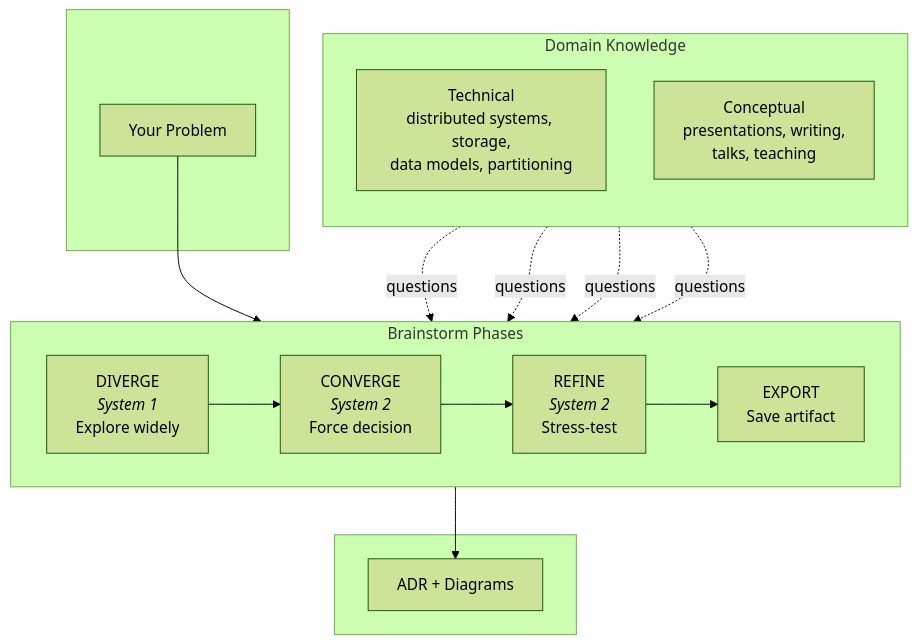
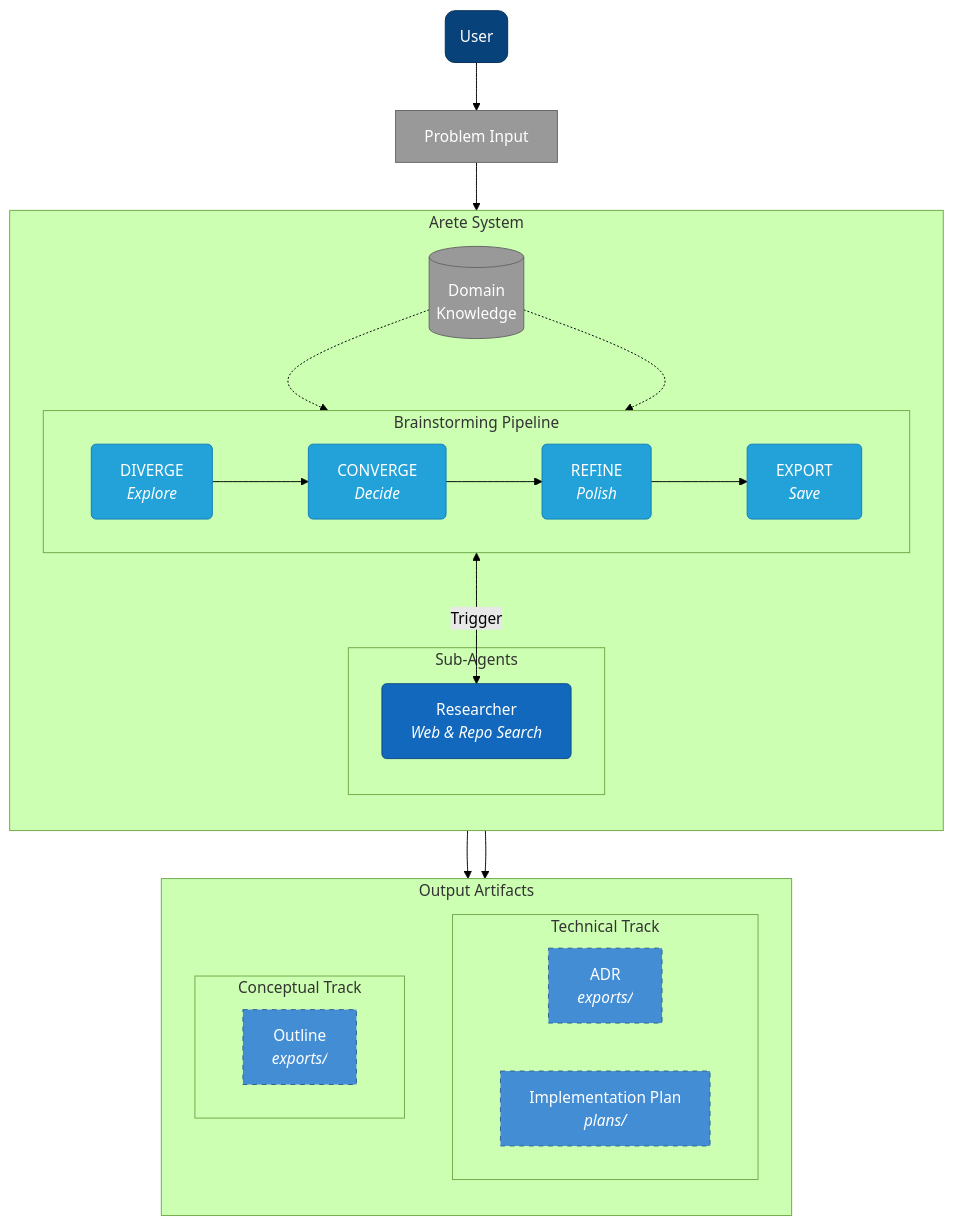
One commit to egeozanozyedek/arete changed the first of 2 diagrams in README.md. Above: the diagram before and after it, drawn with Mermaid (forest theme). The commit also changed other lines of this file, not shown here.

Commit message:
docs: update workflow diagram to include researcher and plans

````diff
--- a/README.md
+++ b/README.md
@@ -28,33 +28,58 @@
 ```mermaid
 flowchart TB
-    subgraph input[" "]
-        PROBLEM["Your Problem"]
+    %% Styles - C4-ish Palette
+    classDef person fill:#08427b,stroke:#052e56,color:white,rx:10,ry:10;
+    classDef process fill:#23a2d9,stroke:#0e7db8,color:white,rx:5,ry:5;
+    classDef agent fill:#1168bd,stroke:#0b4884,color:white,rx:5,ry:5;
+    classDef data fill:#999999,stroke:#666666,color:white,rx:0,ry:0;
+    classDef artifact fill:#438dd5,stroke:#2e6295,color:white,rx:0,ry:0,stroke-dasharray: 5 5;
+
+    %% Nodes
+    User(User):::person
+    Problem[Problem Input]:::data
+
+    subgraph Arete["Arete System"]
+        direction TB
+        
+        subgraph Researcher["Sub-Agents"]
+            ResAgent[Researcher<br/><i>Web & Repo Search</i>]:::agent
+        end
+
+        subgraph Phases["Brainstorming Pipeline"]
+            direction LR
+            Diverge[DIVERGE<br/><i>Explore</i>]:::process
+            Converge[CONVERGE<br/><i>Decide</i>]:::process
+            Refine[REFINE<br/><i>Polish</i>]:::process
+            Export[EXPORT<br/><i>Save</i>]:::process
+            
+            Diverge --> Converge --> Refine --> Export
+        end
+        
+        Domains[(Domain<br/>Knowledge)]:::data
     end
 
-    subgraph phases["Brainstorm Phases"]
-        direction LR
-        DIVERGE["DIVERGE<br/><i>System 1</i><br/>Explore widely"]
-        CONVERGE["CONVERGE<br/><i>System 2</i><br/>Force decision"]
-        REFINE["REFINE<br/><i>System 2</i><br/>Stress-test"]
-        EXPORT["EXPORT<br/>Save artifact"]
-        
-        DIVERGE --> CONVERGE --> REFINE --> EXPORT
+    subgraph Artifacts["Output Artifacts"]
+        direction TB
+        subgraph Tech["Technical Track"]
+            ADR[ADR<br/><i>exports/</i>]:::artifact
+            Plan[Implementation Plan<br/><i>plans/</i>]:::artifact
+        end
+        subgraph Conc["Conceptual Track"]
+            Outline[Outline<br/><i>exports/</i>]:::artifact
+        end
     end
 
-    subgraph domains["Domain Knowledge"]
-        direction TB
-        TECHNICAL["Technical<br/>distributed systems, storage,<br/>data models, partitioning"]
-        CONCEPTUAL["Conceptual<br/>presentations, writing,<br/>talks, teaching"]
-    end
+    %% Connections
+    User --> Problem --> Diverge
+    
+    %% Knowledge injection
+    Domains -.-> Diverge
+    Domains -.-> Refine
 
-    subgraph output[" "]
-        ADR["ADR + Diagrams"]
-    end
+    %% Research loop (bidirectional, available to all phases)
+    Phases <-->|Trigger| ResAgent
 
-    PROBLEM --> DIVERGE
-    TECHNICAL -.->|questions| DIVERGE
-    TECHNICAL -.->|questions| REFINE
-    CONCEPTUAL -.->|questions| DIVERGE
-    CONCEPTUAL -.->|questions| REFINE
-    EXPORT --> ADR
+    %% Export Logic
+    Export --> Tech
+    Export --> Conc
 ```
````
